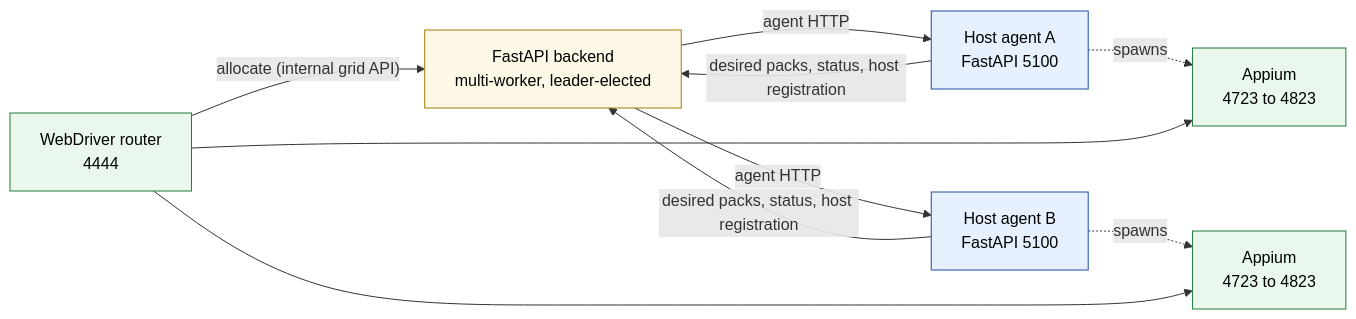
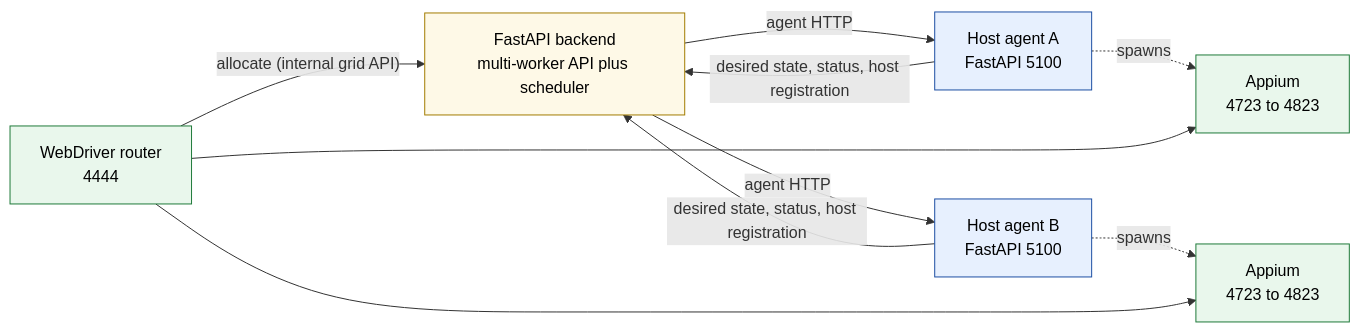
One commit to quidow/gridfleet changed the first of 3 diagrams in docs/design/04-backend-agent-contract.md. Above: the diagram before and after it, drawn with Mermaid. The commit also changed other lines of this file and 2 other files, not shown here.

Commit message:
docs(docs): agent-pull node desired-state contract (phase 8a)

````diff
--- a/docs/design/04-backend-agent-contract.md
+++ b/docs/design/04-backend-agent-contract.md
@@ -11,23 +11,23 @@
 ```mermaid
 flowchart LR
     classDef be fill:#fef9e7,stroke:#a37c00,color:#000
     classDef ag fill:#e7f0fe,stroke:#1c4ea3,color:#000
     classDef ext fill:#e9f7ec,stroke:#1f7a3a,color:#000
 
-    backend["FastAPI backend<br/>multi-worker, leader-elected"]:::be
+    backend["FastAPI backend<br/>multi-worker API plus scheduler"]:::be
     agent1["Host agent A<br/>FastAPI 5100"]:::ag
     agent2["Host agent B<br/>FastAPI 5100"]:::ag
     router["WebDriver router<br/>4444"]:::ext
     appium1["Appium<br/>4723 to 4823"]:::ext
     appium2["Appium<br/>4723 to 4823"]:::ext
 
     backend -->|"agent HTTP"| agent1
     backend -->|"agent HTTP"| agent2
-    agent1 -->|"desired packs, status, host registration"| backend
-    agent2 -->|"desired packs, status, host registration"| backend
+    agent1 -->|"desired state, status, host registration"| backend
+    agent2 -->|"desired state, status, host registration"| backend
     agent1 -.spawns.-> appium1
     agent2 -.spawns.-> appium2
     router -->|"allocate (internal grid API)"| backend
     router --> appium1
     router --> appium2
 ```
````
